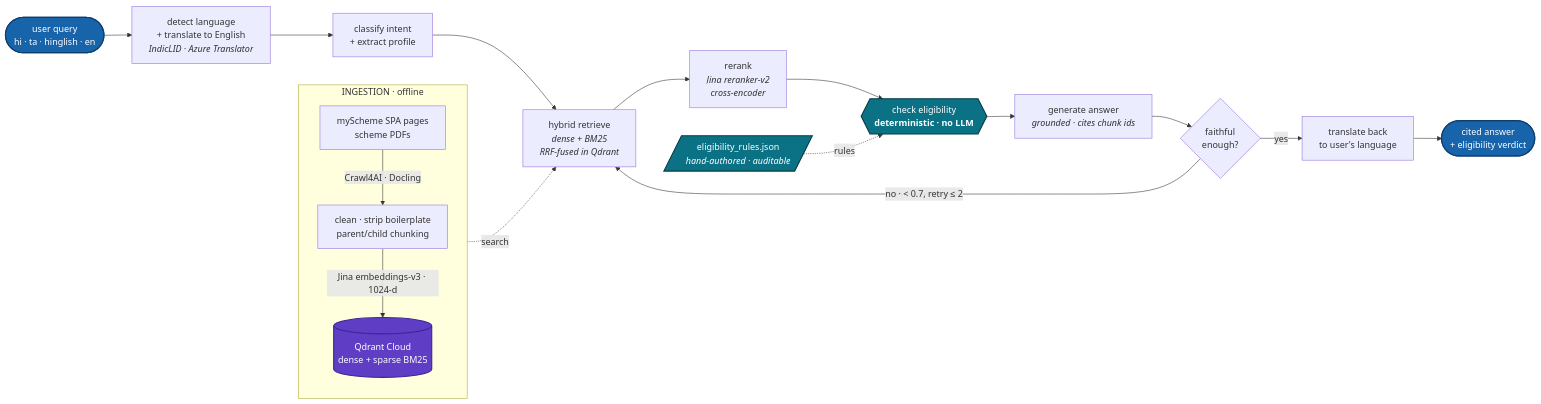
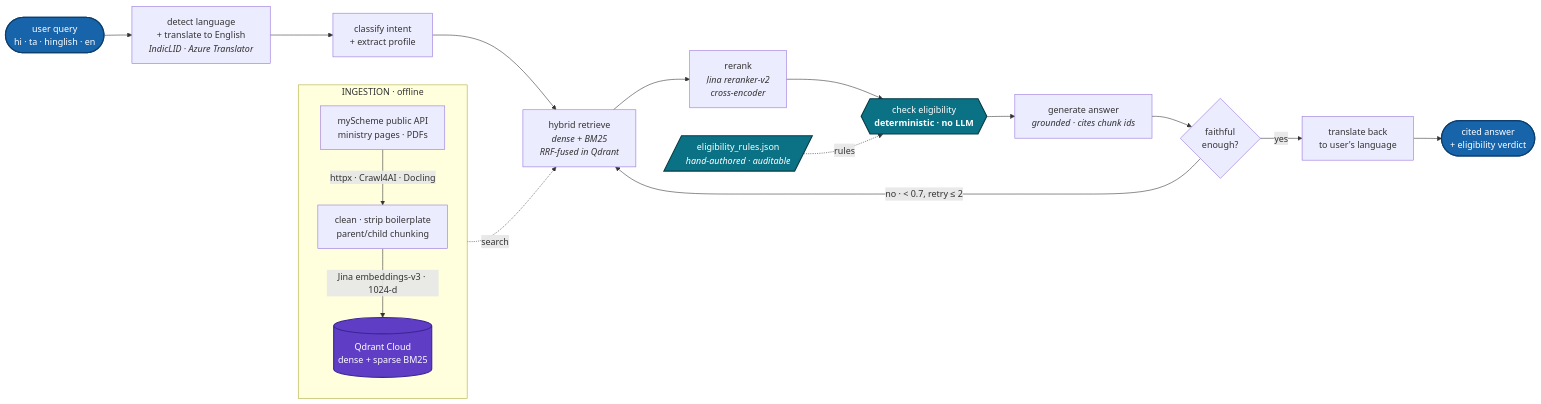
One commit to sushritapaul-beep/SETU changed the diagram in README.md. Above: the diagram before and after it, drawn with Mermaid. The commit also changed other lines of this file and 30 other files, not shown here.

````diff
--- a/README.md
+++ b/README.md
@@ -29,35 +29,35 @@
 ```mermaid
 flowchart LR
     Q(["user query<br/>hi · ta · hinglish · en"])
     LANG["detect language<br/>+ translate to English<br/><i>IndicLID · Azure Translator</i>"]
     CLS["classify intent<br/>+ extract profile"]
     RET["hybrid retrieve<br/><i>dense + BM25<br/>RRF-fused in Qdrant</i>"]
     RER["rerank<br/><i>Jina reranker-v2<br/>cross-encoder</i>"]
     ELG{{"check eligibility<br/><b>deterministic · no LLM</b>"}}
     GEN["generate answer<br/><i>grounded · cites chunk ids</i>"]
     CRIT{"faithful<br/>enough?"}
     OUT["translate back<br/>to user's language"]
     ANS(["cited answer<br/>+ eligibility verdict"])
 
     Q --> LANG --> CLS --> RET --> RER --> ELG --> GEN --> CRIT
     CRIT -->|"no · &lt; 0.7, retry ≤ 2"| RET
     CRIT -->|yes| OUT --> ANS
 
     subgraph ING["INGESTION · offline"]
         direction TB
-        SRC["myScheme SPA pages<br/>scheme PDFs"]
+        SRC["myScheme public API<br/>ministry pages · PDFs"]
         CH["clean · strip boilerplate<br/>parent/child chunking"]
         QD[("Qdrant Cloud<br/>dense + sparse BM25")]
-        SRC -->|"Crawl4AI · Docling"| CH -->|"Jina embeddings-v3 · 1024-d"| QD
+        SRC -->|"httpx · Crawl4AI · Docling"| CH -->|"Jina embeddings-v3 · 1024-d"| QD
     end
 
     QD -.->|"search"| RET
     RULES[/"eligibility_rules.json<br/><i>hand-authored · auditable</i>"/] -.->|"rules"| ELG
 
     classDef det fill:#0b7285,stroke:#063d47,color:#ffffff,stroke-width:2px
     classDef store fill:#5f3dc4,stroke:#3b2596,color:#ffffff,stroke-width:2px
     classDef io fill:#1864ab,stroke:#0d3f6e,color:#ffffff,stroke-width:2px
     class ELG,RULES det
     class QD store
     class Q,ANS io
 ```
````
